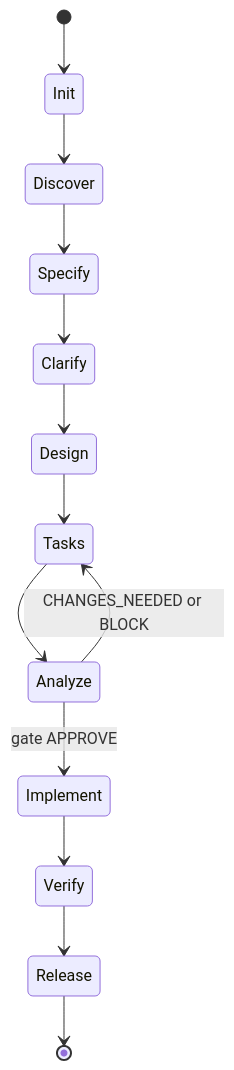
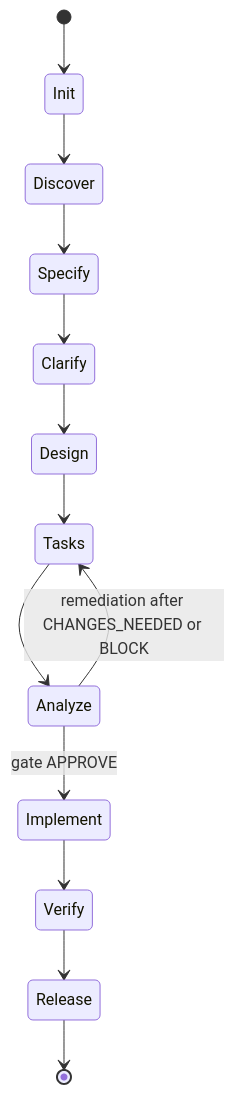
The fifth of 7 diagrams in docs/SYSTEM-DESIGN.md (paulasilvatech/specky), drawn with Mermaid before and after one commit. The commit also changed other lines of this file and 49 other files, not shown here.

````diff
--- a/docs/SYSTEM-DESIGN.md
+++ b/docs/SYSTEM-DESIGN.md
@@ -116,15 +129,15 @@
 ```mermaid
 stateDiagram-v2
   [*] --> Init
   Init --> Discover
   Discover --> Specify
   Specify --> Clarify
   Clarify --> Design
   Design --> Tasks
   Tasks --> Analyze
   Analyze --> Implement: gate APPROVE
-  Analyze --> Tasks: CHANGES_NEEDED or BLOCK
+  Analyze --> Tasks: remediation after CHANGES_NEEDED or BLOCK
   Implement --> Verify
   Verify --> Release
   Release --> [*]
 ```
````
